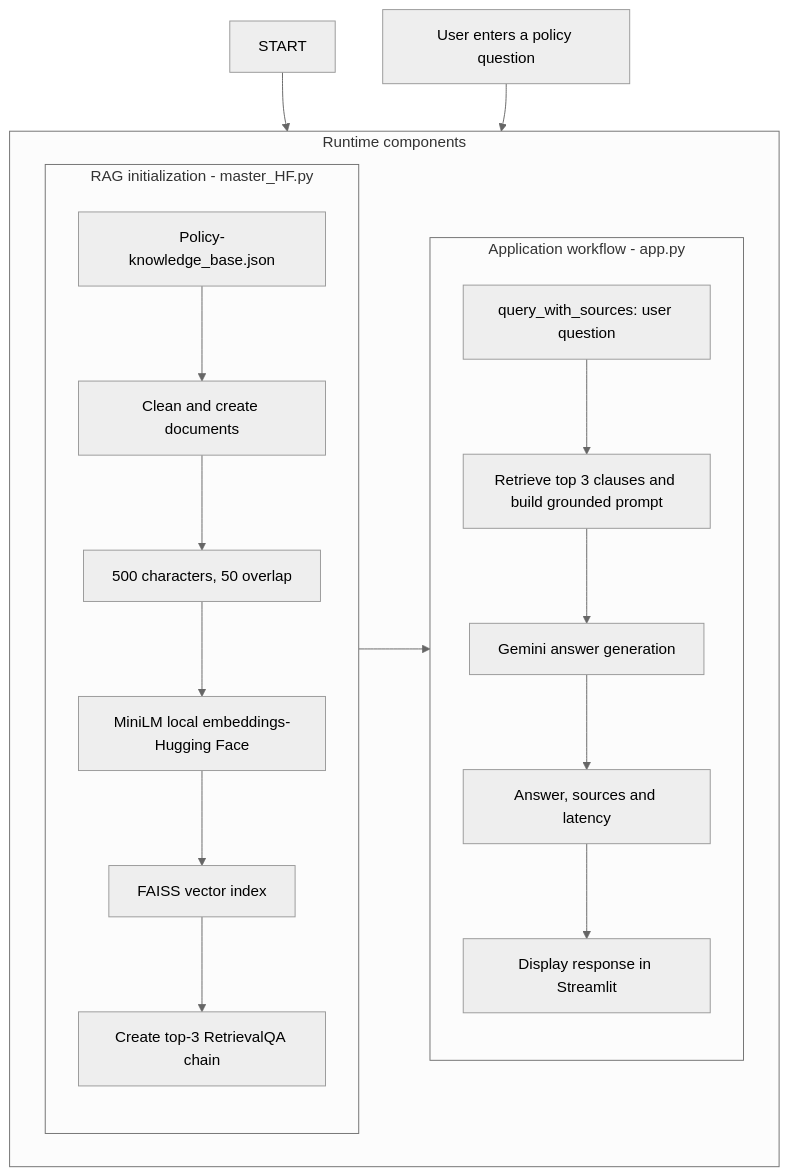
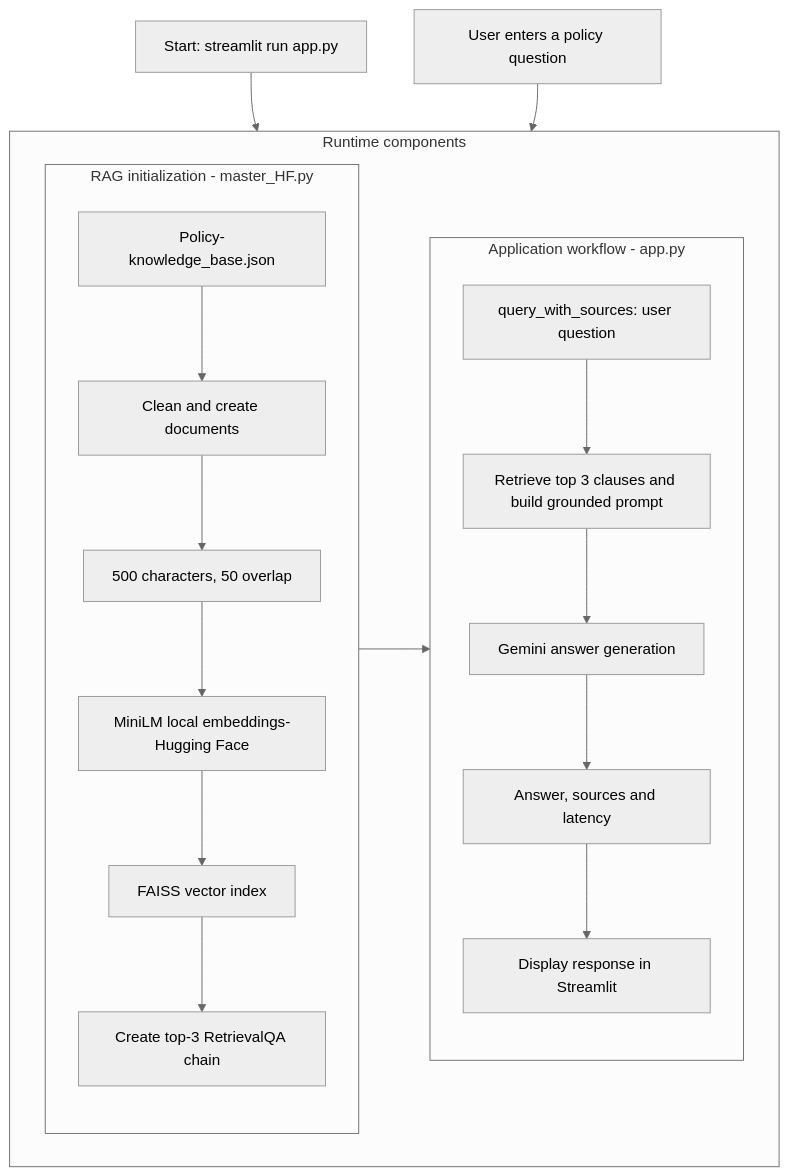
The diagram in README.md (Vishal2010s/Health-Insurance-Policy-Assistant-RAG-), drawn with Mermaid (neutral theme) before and after one commit.

````diff
--- a/README.md
+++ b/README.md
@@ -136,29 +136,30 @@
 ```mermaid
 flowchart TD
-  USER[User enters a policy question]
+    START[Start: streamlit run app.py]
+    USER[User enters a policy question]
 
     subgraph COMPONENTS[Runtime components]
         direction LR
 
         subgraph RAG[RAG initialization - master_HF.py]
             direction TB
             KB[Policy-knowledge_base.json] --> CLEAN[Clean and create documents]
             CLEAN --> CHUNKS[500 characters, 50 overlap]
             CHUNKS --> EMBED[MiniLM local embeddings-Hugging Face]
             EMBED --> STORE[FAISS vector index]
             STORE --> CHAIN[Create top-3 RetrievalQA chain]
         end
 
         subgraph CHAT[Application workflow - app.py]
             direction TB
             QUERY[query_with_sources: user question] --> PROMPT[Retrieve top 3 clauses and build grounded prompt]
             PROMPT --> GEMINI[Gemini answer generation]
             GEMINI --> RESULT[Answer, sources and latency]
             RESULT --> DISPLAY[Display response in Streamlit]
         end
     end
 
     START --> KB
     USER --> QUERY
     CHAIN --> QUERY
 ```
````
